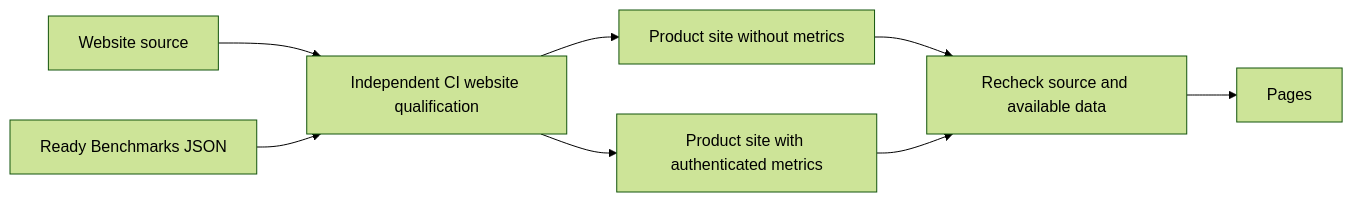
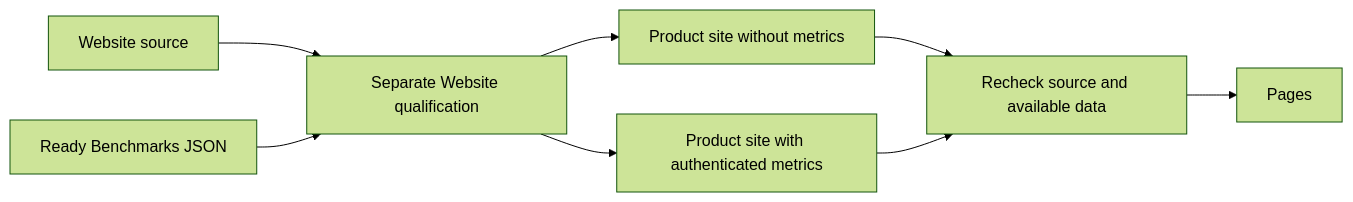
Diagram 46 of 46 in docs/Architecture.md (managedcode/KeyLoad), drawn with Mermaid (forest theme) before and after one commit. The commit also changed other lines of this file and 34 other files, not shown here.

Commit message:
Separate Website publication from Build and Tests

````diff
--- a/docs/Architecture.md
+++ b/docs/Architecture.md
@@ -1145,10 +1145,10 @@
 ```mermaid
 flowchart LR
-  Source[Website source] --> CI[Independent CI website qualification]
-  Producer[Ready Benchmarks JSON] --> CI
-  CI --> Content[Product site without metrics]
-  CI --> Measured[Product site with authenticated metrics]
+  Source[Website source] --> Website[Separate Website qualification]
+  Producer[Ready Benchmarks JSON] --> Website
+  Website --> Content[Product site without metrics]
+  Website --> Measured[Product site with authenticated metrics]
   Content --> Fresh[Recheck source and available data]
   Measured --> Fresh
   Fresh --> Pages[Pages]
 ```
````
